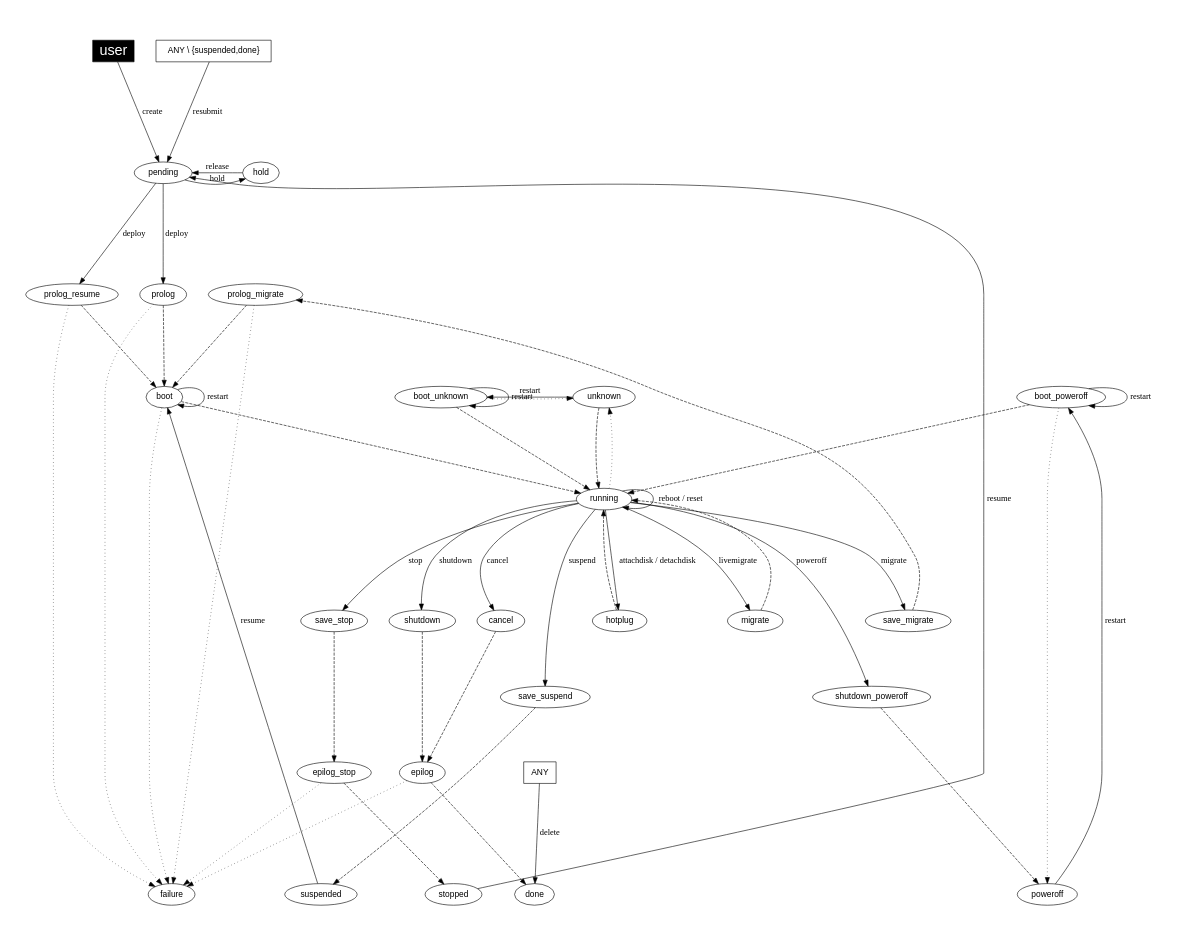
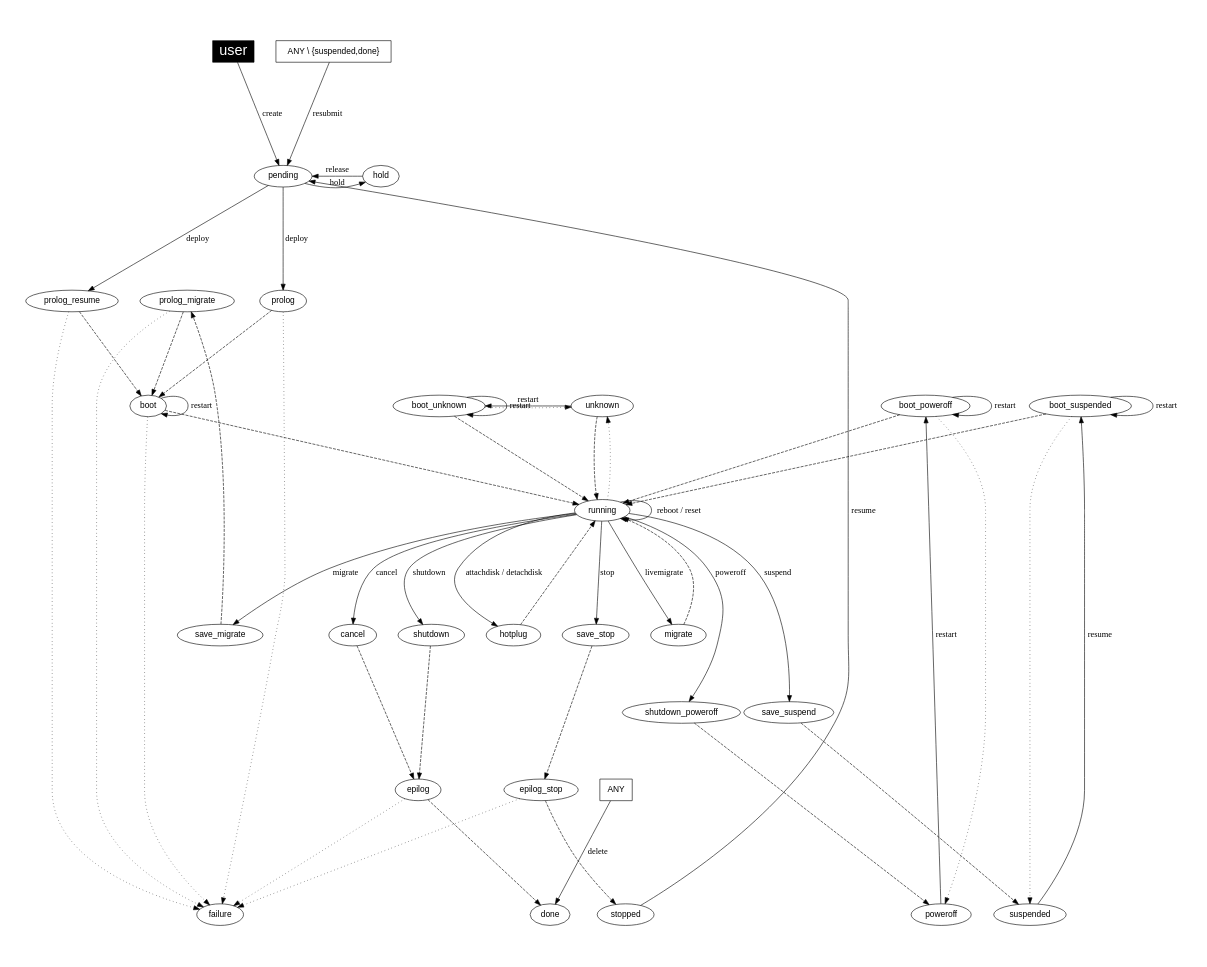
One commit to OpenNebula/one changed the diagram in share/doc/states/states-complete.dot. Above: the diagram before and after it, drawn with Graphviz. The commit also changed 2 other files, not shown here.

Commit message:
Bug #1210: Add BOOT_SUSPENDED state to xsd and dot documentation files

```diff
--- a/share/doc/states/states-complete.dot
+++ b/share/doc/states/states-complete.dot
@@ -1,119 +1,124 @@
 
 
 digraph OpenNebula {
     graph [
         nodesep=0.5,
         ratio=0.8,
         pad=0.5,
     ];
 
     node [fontname="Helvetica"];
     edge [fontname="Menlo"];
     
     user [
         fillcolor="black",
         style="filled", shape="box",
         fontcolor="white", fontsize= "24.0"];
 
     ANY [ shape="box" ];
     "ANY \\ {suspended,done}" [ shape="box" ];
 
     subgraph { rank = min; user}
-    subgraph { rank = same; boot; boot_unknown; boot_poweroff; unknown; color="white"}
+    subgraph { rank = same; boot; boot_suspended; boot_unknown; boot_poweroff; unknown; color="white"}
     subgraph { rank = same; pending; hold; color="white"}
     subgraph { rank = same; prolog; prolog_resume; prolog_migrate;
     color="white" }
 
     subgraph { rank = max; suspended; done; failure;
     stopped; poweroff; color="white" }
 
 #   create
     user -> pending [label="create"];
 
 #   deploy
     pending     -> prolog_resume [label="deploy"];
     prolog_resume -> boot [style="dashed"];
 
     pending     -> prolog [label="deploy"];
     prolog      -> boot [style="dashed"];
     boot        -> running [style="dashed"];
 
 #   shutdown
     running     -> shutdown [label="shutdown"];
     shutdown    -> epilog [style="dashed"];
     epilog      -> done [style="dashed"];
 
 #   poweroff
     running             -> shutdown_poweroff [label="poweroff"];
     shutdown_poweroff   -> poweroff [style="dashed"];
 
 #   livemigrate
     running     -> migrate [label="livemigrate"];
     migrate     -> running [style="dashed"];
 
 #   migrate
     running         -> save_migrate [label="migrate"];
     save_migrate    -> prolog_migrate [style="dashed"];
     prolog_migrate  -> boot [style="dashed"];
 
 #   hold
     pending     -> hold [label="hold"];
 
 #   release
     hold        -> pending [label="release"];
 
 #   stop
     running     -> save_stop [label="stop"];
     save_stop   -> epilog_stop [style="dashed"];
     epilog_stop -> stopped [style="dashed"];
 
 #   cancel
     running     -> cancel [label="cancel"];
     cancel      -> epilog [style="dashed"];
 
 #   suspend
     running         -> save_suspend [label="suspend"];
     save_suspend    -> suspended [style="dashed"];
 
 #   resume
-    stopped     -> pending [label="resume"];
-    suspended   -> boot [label="resume"];
+    stopped         -> pending [label="resume"];
+
+    suspended       -> boot_suspended [label="resume"];
+    boot_suspended  -> running [style="dashed"];
 
 #   delete
     ANY         -> done [label="delete"];
 
 #   restart
     boot        -> boot [label="restart"];
+    boot_suspended -> boot_suspended [label="restart"];
 
     poweroff    -> boot_poweroff [label="restart"];
     boot_poweroff -> boot_poweroff [label="restart"];
     boot_poweroff -> running [style="dashed"];
-    boot_poweroff -> poweroff [style="dotted"];
 
     unknown     -> boot_unknown [label="restart"];
     boot_unknown -> boot_unknown [label="restart"];
     boot_unknown -> running [style="dashed"];
-    boot_unknown -> unknown [style="dotted"];
 
 #   reboot, reset
     running     -> running [label="reboot / reset"];
 
 #   attachdisk
     running     -> hotplug [label="attachdisk / detachdisk"]
     hotplug     -> running [style="dashed"];
 
 #   resubmit
     "ANY \\ {suspended,done}" -> pending [label="resubmit"];
 
 #   failures and misc.
     epilog_stop     -> failure [style="dotted"];
     epilog          -> failure [style="dotted"];
+
     prolog          -> failure [style="dotted"];
     prolog_migrate  -> failure [style="dotted"];
     prolog_resume   -> failure [style="dotted"];
+
     boot            -> failure [style="dotted"];
-
+    boot_poweroff   -> poweroff [style="dotted"];
+    boot_unknown    -> unknown [style="dotted"];
+    boot_suspended  -> suspended [style="dotted"];
 
     running -> unknown [style="dotted"];
     unknown -> running [style="dashed"];
 }
```
